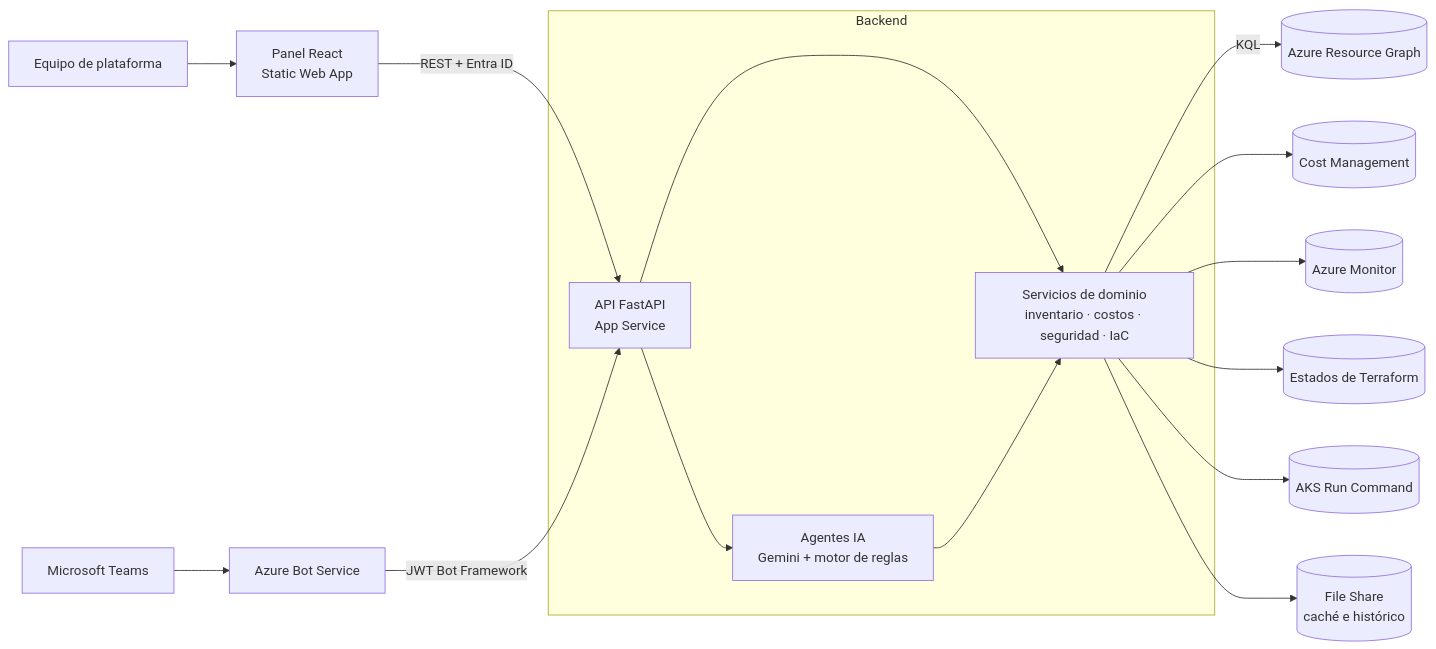
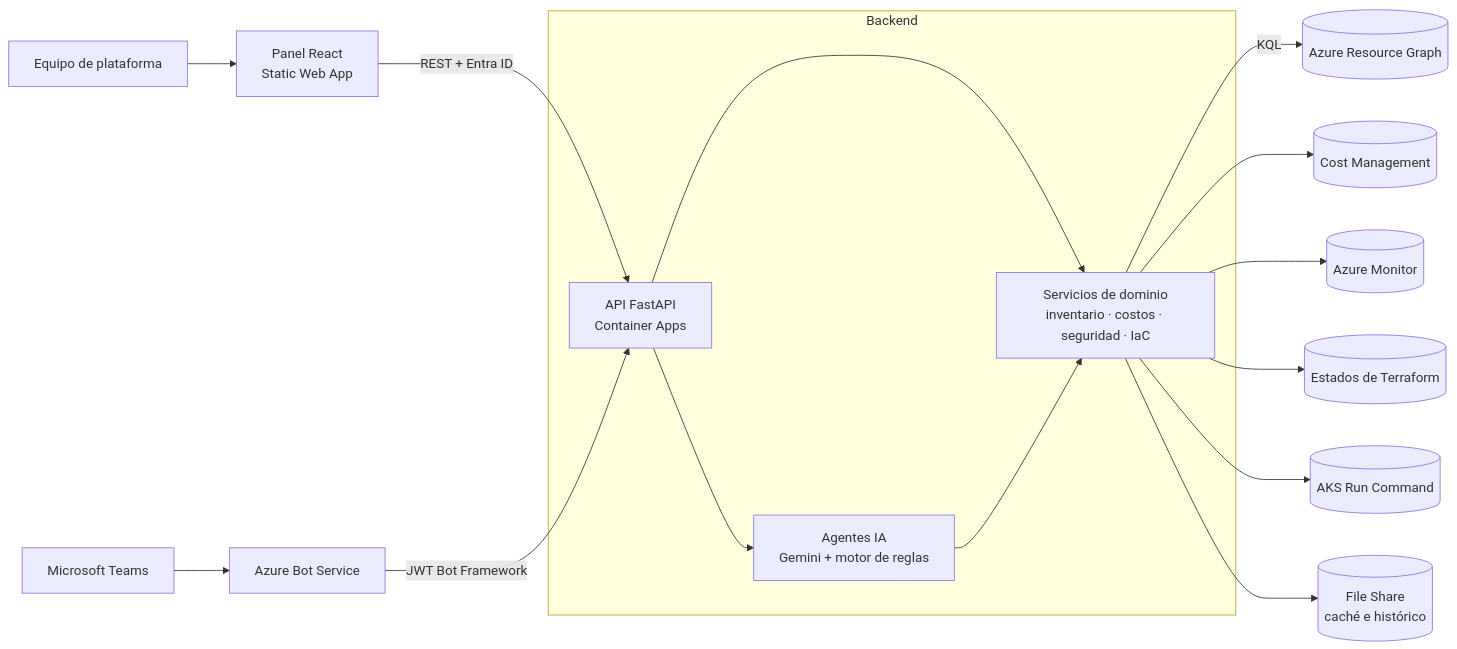
Before and after one commit to miguelortiz13/cloudops-copilot: the diagram in README.md, drawn with Mermaid. The commit also changed other lines of this file and 18 other files, not shown here.

Commit message:
docs: arquitectura de Container Apps, esquema de tags propio y v2.2.0

````diff
--- a/README.md
+++ b/README.md
@@ -24,20 +24,20 @@
 ```mermaid
 flowchart LR
     U[Equipo de plataforma] --> W[Panel React<br/>Static Web App]
     T[Microsoft Teams] --> B[Azure Bot Service]
-    W -->|REST + Entra ID| A[API FastAPI<br/>App Service]
+    W -->|REST + Entra ID| A[API FastAPI<br/>Container Apps]
     B -->|JWT Bot Framework| A
 
     subgraph API[Backend]
       A --> S[Servicios de dominio<br/>inventario · costos · seguridad · IaC]
       A --> G[Agentes IA<br/>Gemini + motor de reglas]
       G --> S
     end
 
     S -->|KQL| ARG[(Azure Resource Graph)]
     S --> CM[(Cost Management)]
     S --> MON[(Azure Monitor)]
     S --> TFS[(Estados de Terraform)]
     S --> AKS[(AKS Run Command)]
     S --> FS[(File Share<br/>caché e histórico)]
 ```
````
